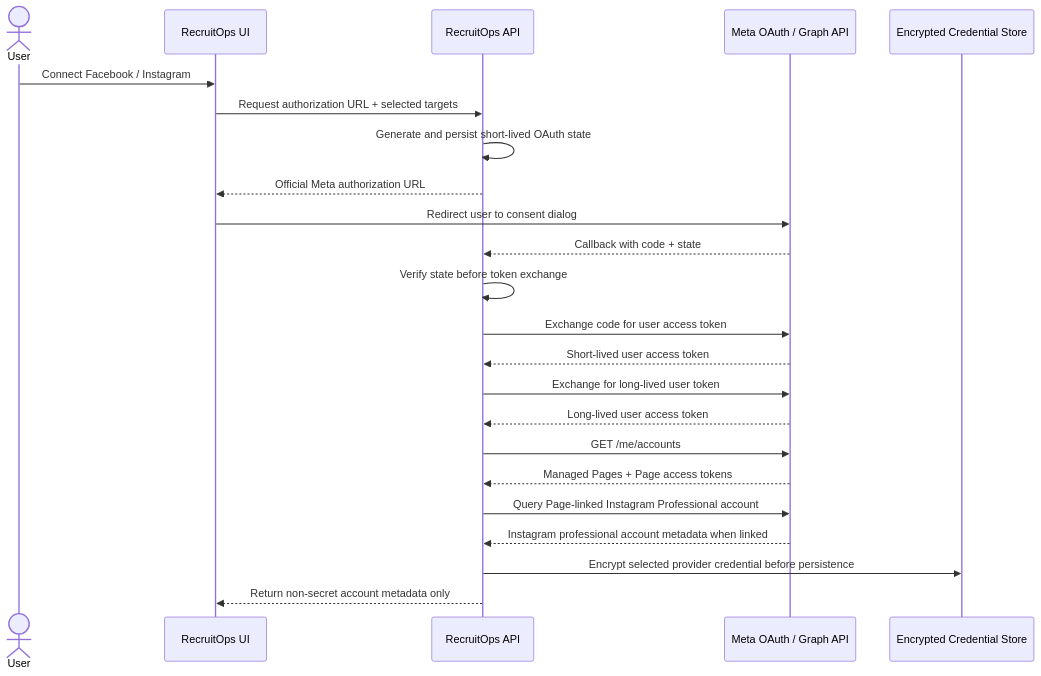
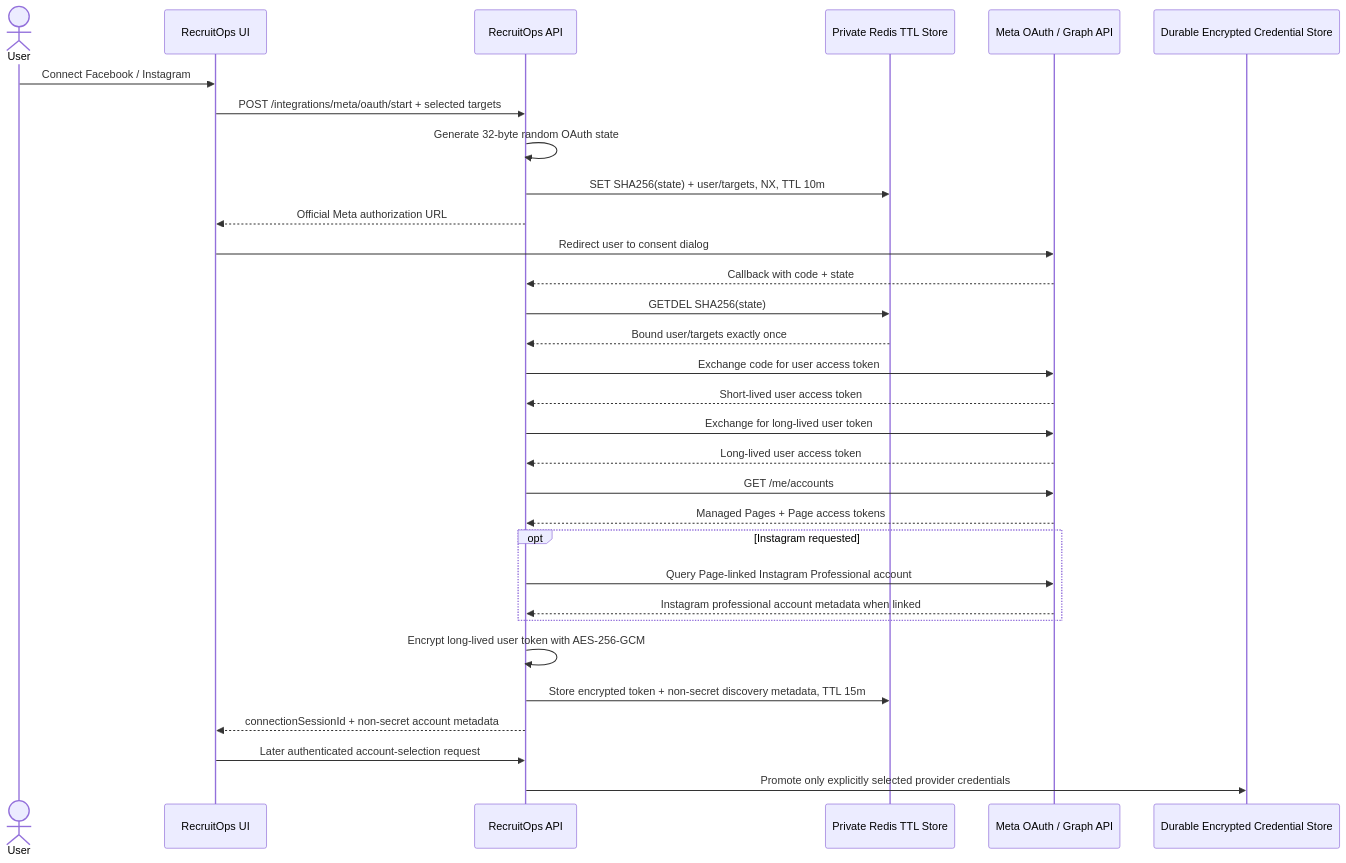
One commit to vitoo16/recruitops-platform changed the diagram in docs/architecture/meta-connection.md. Above: the diagram before and after it, drawn with Mermaid. The commit also changed other lines of this file and 16 other files, not shown here.

Commit message:
feat: add Meta OAuth state and discovery sessions

````diff
--- a/docs/architecture/meta-connection.md
+++ b/docs/architecture/meta-connection.md
@@ -31,26 +31,34 @@
 ```mermaid
 sequenceDiagram
     actor User
     participant UI as RecruitOps UI
     participant API as RecruitOps API
+    participant Redis as Private Redis TTL Store
     participant Meta as Meta OAuth / Graph API
-    participant Store as Encrypted Credential Store
+    participant Store as Durable Encrypted Credential Store
 
     User->>UI: Connect Facebook / Instagram
-    UI->>API: Request authorization URL + selected targets
-    API->>API: Generate and persist short-lived OAuth state
+    UI->>API: POST /integrations/meta/oauth/start + selected targets
+    API->>API: Generate 32-byte random OAuth state
+    API->>Redis: SET SHA256(state) + user/targets, NX, TTL 10m
     API-->>UI: Official Meta authorization URL
     UI->>Meta: Redirect user to consent dialog
     Meta-->>API: Callback with code + state
-    API->>API: Verify state before token exchange
+    API->>Redis: GETDEL SHA256(state)
+    Redis-->>API: Bound user/targets exactly once
     API->>Meta: Exchange code for user access token
     Meta-->>API: Short-lived user access token
     API->>Meta: Exchange for long-lived user token
     Meta-->>API: Long-lived user access token
     API->>Meta: GET /me/accounts
     Meta-->>API: Managed Pages + Page access tokens
-    API->>Meta: Query Page-linked Instagram Professional account
-    Meta-->>API: Instagram professional account metadata when linked
-    API->>Store: Encrypt selected provider credential before persistence
-    API-->>UI: Return non-secret account metadata only
+    opt Instagram requested
+        API->>Meta: Query Page-linked Instagram Professional account
+        Meta-->>API: Instagram professional account metadata when linked
+    end
+    API->>API: Encrypt long-lived user token with AES-256-GCM
+    API->>Redis: Store encrypted token + non-secret discovery metadata, TTL 15m
+    API-->>UI: connectionSessionId + non-secret account metadata
+    UI->>API: Later authenticated account-selection request
+    API->>Store: Promote only explicitly selected provider credentials
 ```
````
